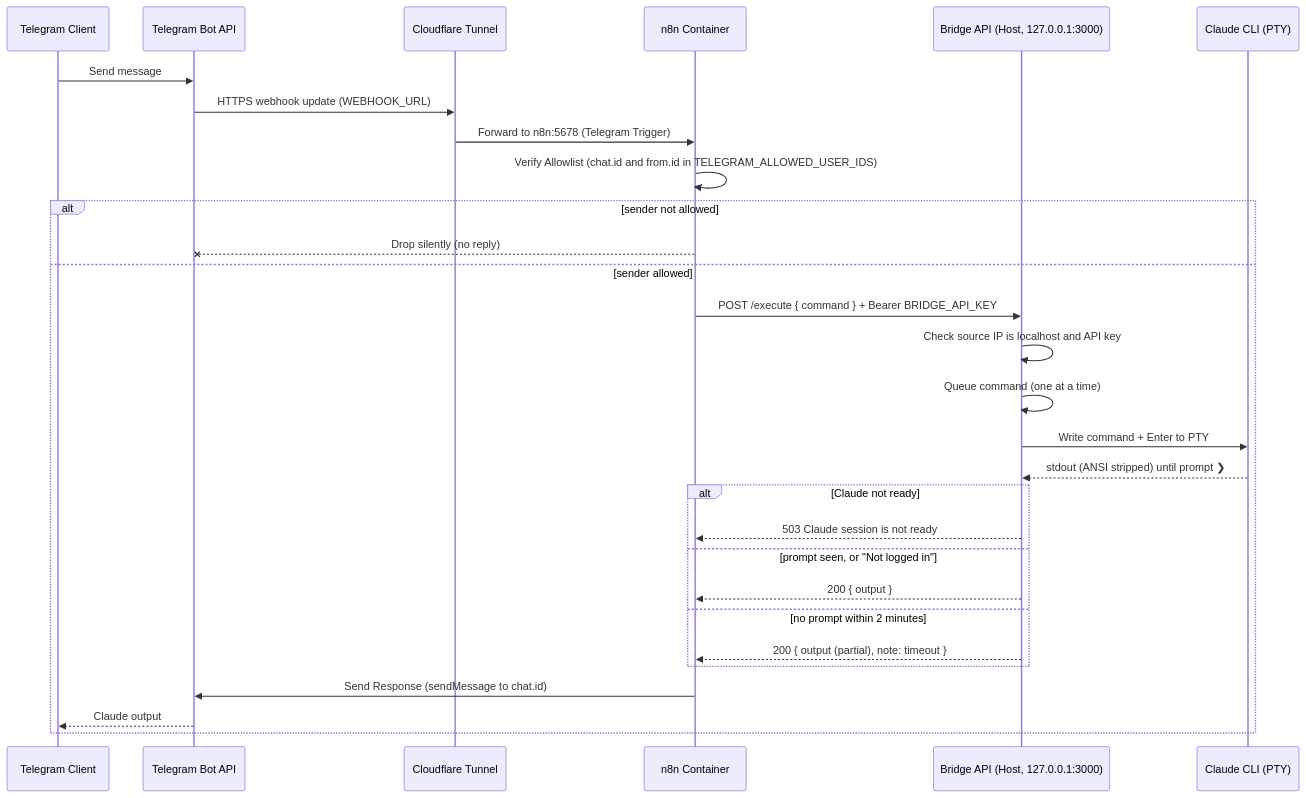
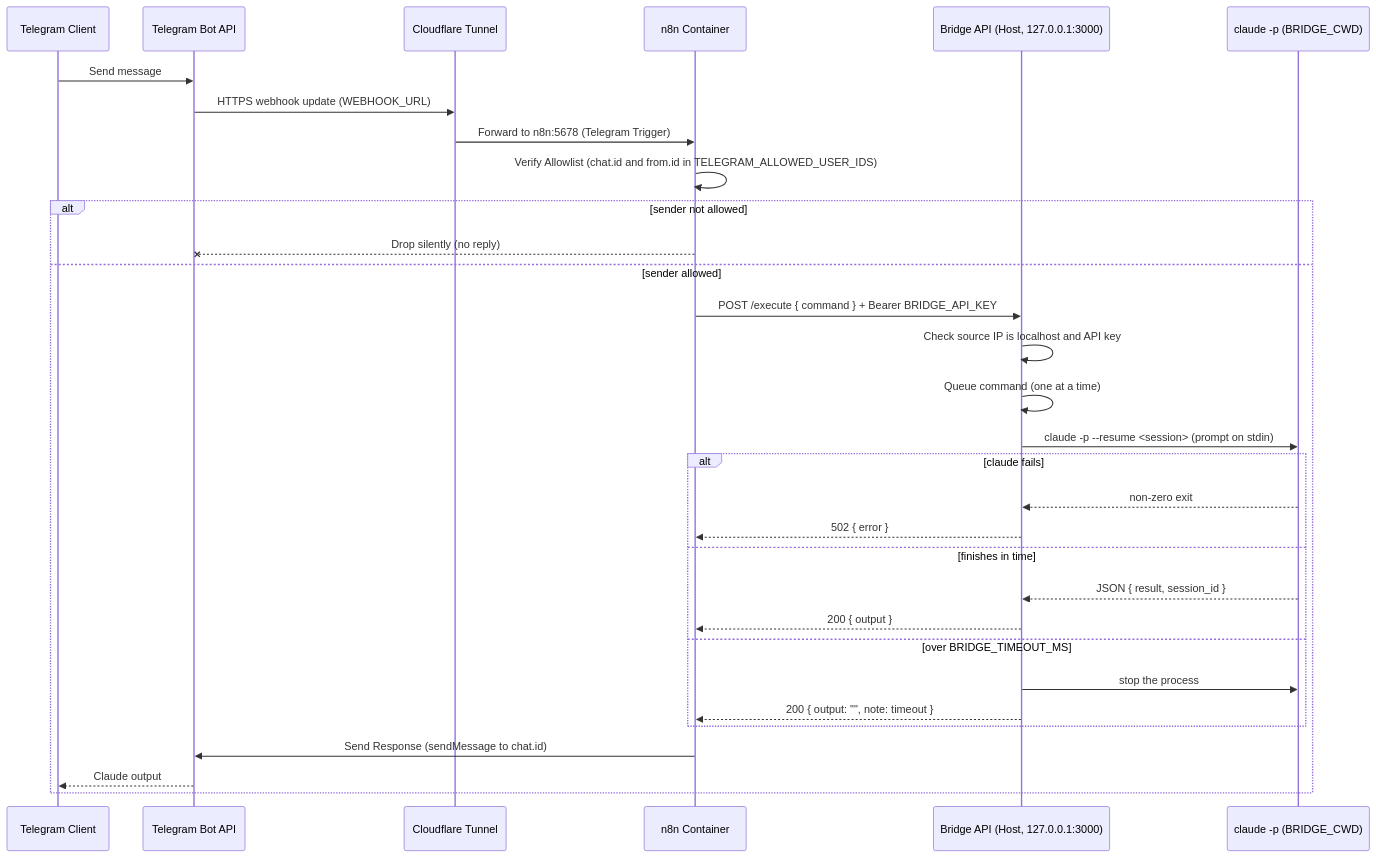
Before and after one commit to mattsebastianh/telegram-n8n-claude-bridge: the diagram in docs/architecture.md, drawn with Mermaid. The commit also changed other lines of this file and 20 other files, not shown here.

````diff
--- a/docs/architecture.md
+++ b/docs/architecture.md
@@ -19,32 +19,34 @@
 ```mermaid
 sequenceDiagram
     participant User as Telegram Client
     participant TG as Telegram Bot API
     participant CF as Cloudflare Tunnel
     participant n8n as n8n Container
     participant Bridge as Bridge API (Host, 127.0.0.1:3000)
-    participant Claude as Claude CLI (PTY)
+    participant Claude as claude -p (BRIDGE_CWD)
 
     User->>TG: Send message
     TG->>CF: HTTPS webhook update (WEBHOOK_URL)
     CF->>n8n: Forward to n8n:5678 (Telegram Trigger)
     n8n->>n8n: Verify Allowlist (chat.id and from.id in TELEGRAM_ALLOWED_USER_IDS)
     alt sender not allowed
         n8n--xTG: Drop silently (no reply)
     else sender allowed
         n8n->>Bridge: POST /execute { command } + Bearer BRIDGE_API_KEY
         Bridge->>Bridge: Check source IP is localhost and API key
         Bridge->>Bridge: Queue command (one at a time)
-        Bridge->>Claude: Write command + Enter to PTY
-        Claude-->>Bridge: stdout (ANSI stripped) until prompt ❯
-        alt Claude not ready
-            Bridge-->>n8n: 503 Claude session is not ready
-        else prompt seen, or "Not logged in"
+        Bridge->>Claude: claude -p --resume <session> (prompt on stdin)
+        alt claude fails
+            Claude-->>Bridge: non-zero exit
+            Bridge-->>n8n: 502 { error }
+        else finishes in time
+            Claude-->>Bridge: JSON { result, session_id }
             Bridge-->>n8n: 200 { output }
-        else no prompt within 2 minutes
-            Bridge-->>n8n: 200 { output (partial), note: timeout }
+        else over BRIDGE_TIMEOUT_MS
+            Bridge->>Claude: stop the process
+            Bridge-->>n8n: 200 { output: "", note: timeout }
         end
         n8n->>TG: Send Response (sendMessage to chat.id)
         TG-->>User: Claude output
     end
 ```
````
